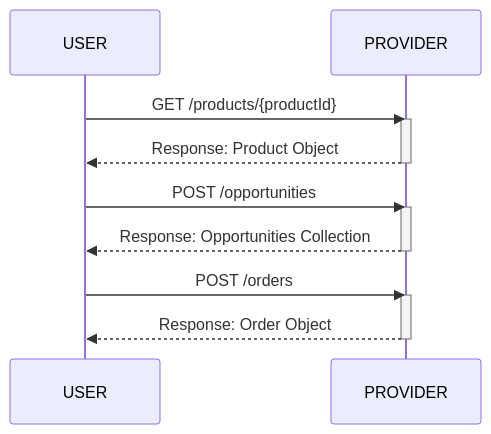
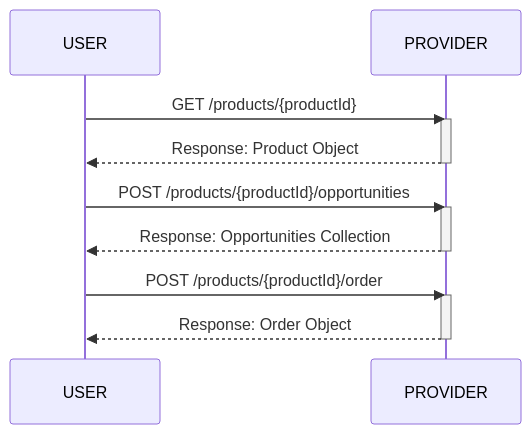
The second of 3 diagrams in README.md (stapi-spec/stapi-spec), drawn with Mermaid before and after one commit. The commit also changed other lines of this file and 8 other files, not shown here.

````diff
--- a/README.md
+++ b/README.md
@@ -206,17 +206,17 @@
 ```mermaid
 sequenceDiagram
     USER->>PROVIDER: GET /products/{productId}
     activate PROVIDER
     PROVIDER-->>USER: Response: Product Object
     deactivate PROVIDER
 
-    USER->>PROVIDER: POST /opportunities
+    USER->>PROVIDER: POST /products/{productId}/opportunities
     activate PROVIDER
     PROVIDER-->>USER: Response: Opportunities Collection
     deactivate PROVIDER
 
-    USER->>PROVIDER: POST /orders
+    USER->>PROVIDER: POST /products/{productId}/order
     activate PROVIDER
     PROVIDER-->>USER: Response: Order Object
     deactivate PROVIDER
 ```
````
